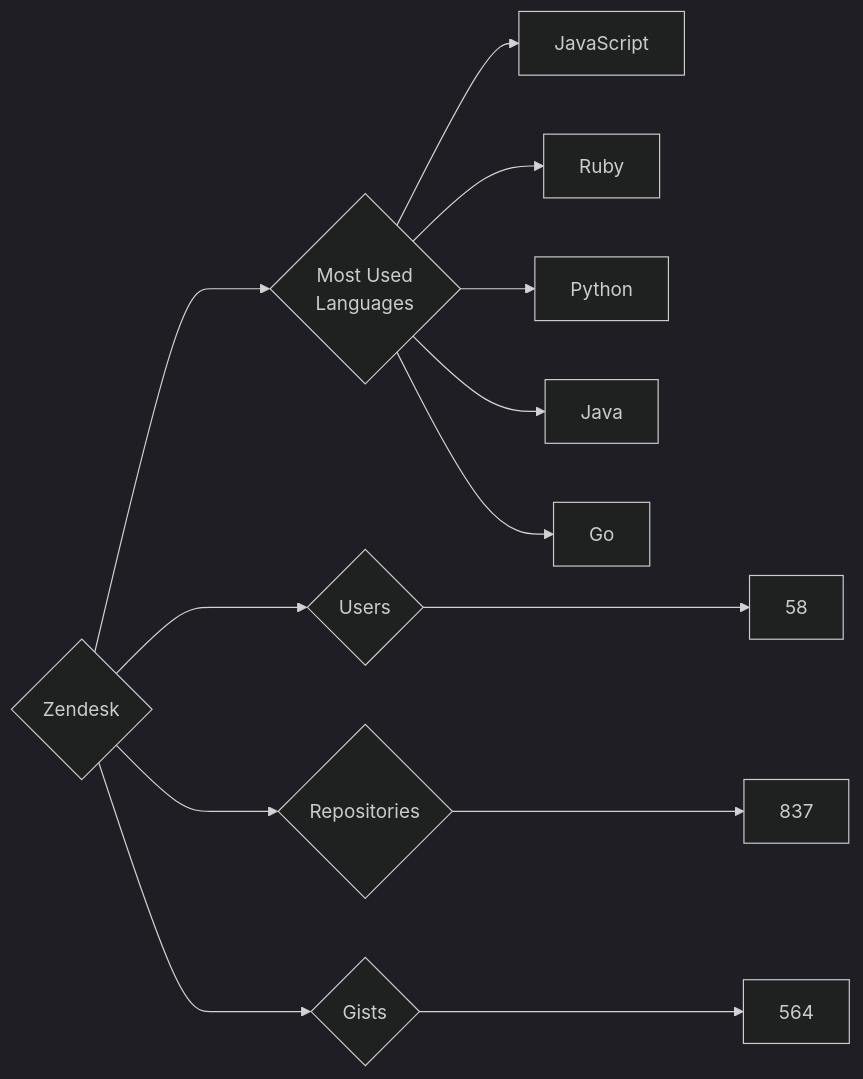
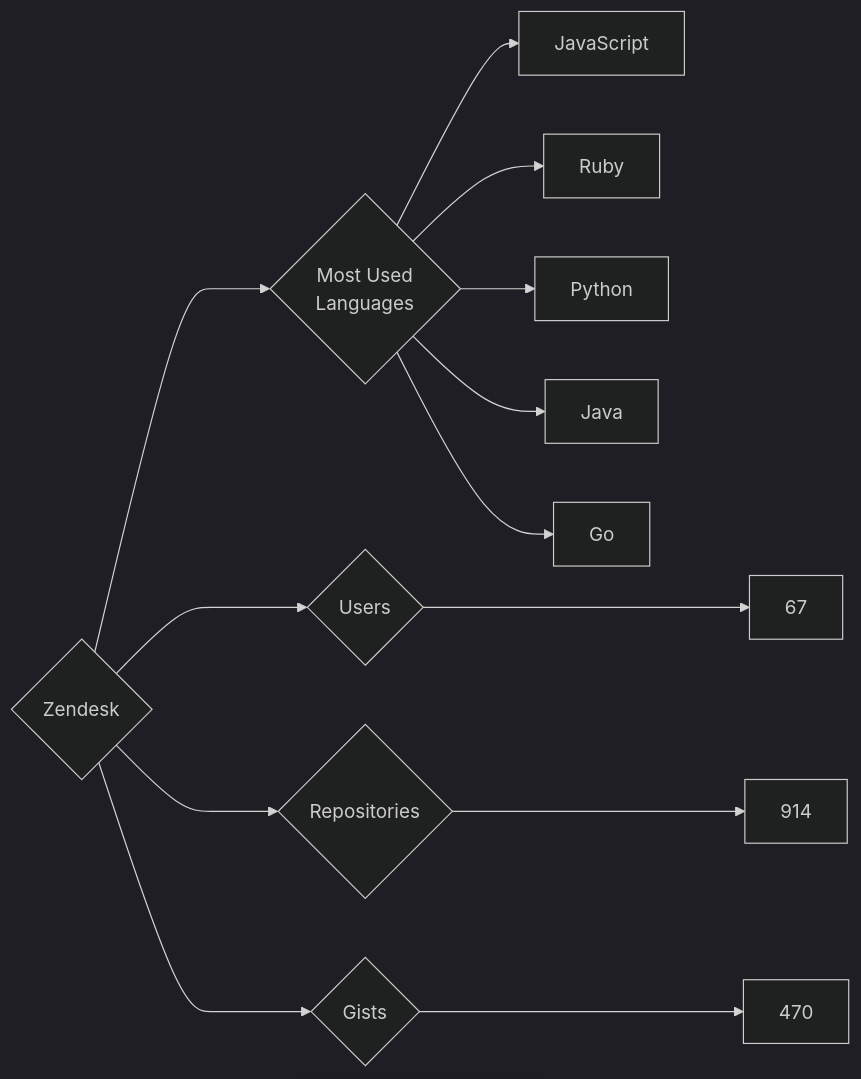
One commit to trickest/insiders changed the diagram in targets/Zendesk/README.md. Above: the diagram before and after it, drawn with Mermaid (dark theme). The commit also changed 765 other files, not shown here.

````diff
--- a/targets/Zendesk/README.md
+++ b/targets/Zendesk/README.md
@@ -3,13 +3,13 @@
 ```mermaid
 graph LR
 COMPANY_NAME{Zendesk}
-COMPANY_NAME ---> U{Users} ---> UN[58]
-COMPANY_NAME ---> R{Repositories} ---> RN[837]
-COMPANY_NAME ---> G{Gists} ---> GN[564]
+COMPANY_NAME ---> U{Users} ---> UN[67]
+COMPANY_NAME ---> R{Repositories} ---> RN[914]
+COMPANY_NAME ---> G{Gists} ---> GN[470]
 COMPANY_NAME ---> ML{Most Used<br>Languages}
 ML --> JavaScript[JavaScript]
 ML --> Ruby[Ruby]
 ML --> Python[Python]
 ML --> Java[Java]
 ML --> Go[Go]
 ```
````
